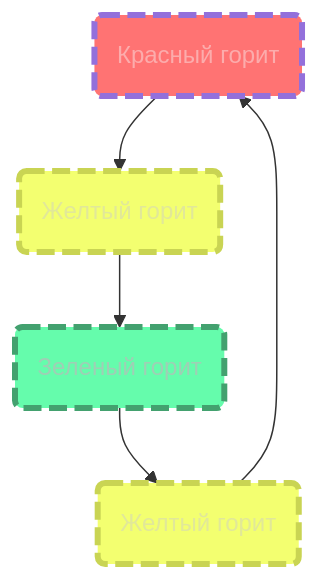
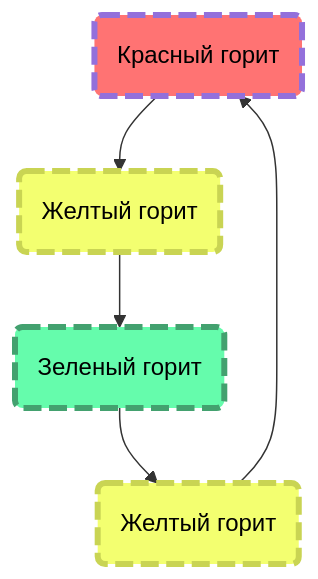
Before and after one commit to limoncatGod/traffic_light: the diagram in README.md, drawn with Mermaid.

````diff
--- a/README.md
+++ b/README.md
@@ -4,11 +4,11 @@
 ```mermaid
 flowchart TD
     id1(Красный горит)-->id2(Желтый горит)
     id2(Желтый горит)-->id3(Зеленый горит)
     id3(Зеленый горит)-->id4(Желтый горит)
     id4(Желтый горит)-->id1(Красный горит)
-    style id1 fill:#ff7373,stroke:##c95757,stroke-width:4px,color:#fcacac,stroke-dasharray: 12 5
-    style id2 fill:#f3ff70,stroke:#c9d453,stroke-width:4px,color:#e1e899,stroke-dasharray: 12 5
-    style id3 fill:#65fcac,stroke:#43a16f,stroke-width:4px,color:#9fcfb5,stroke-dasharray: 12 5
-    style id4 fill:#f3ff70,stroke:#c9d453,stroke-width:4px,color:#e1e899,stroke-dasharray: 12 5
+    style id1 fill:#ff7373,stroke:##c95757,stroke-width:4px,color:#000,stroke-dasharray: 12 5
+    style id2 fill:#f3ff70,stroke:#c9d453,stroke-width:4px,color:#000,stroke-dasharray: 12 5
+    style id3 fill:#65fcac,stroke:#43a16f,stroke-width:4px,color:#000,stroke-dasharray: 12 5
+    style id4 fill:#f3ff70,stroke:#c9d453,stroke-width:4px,color:#000,stroke-dasharray: 12 5
 ```
````
